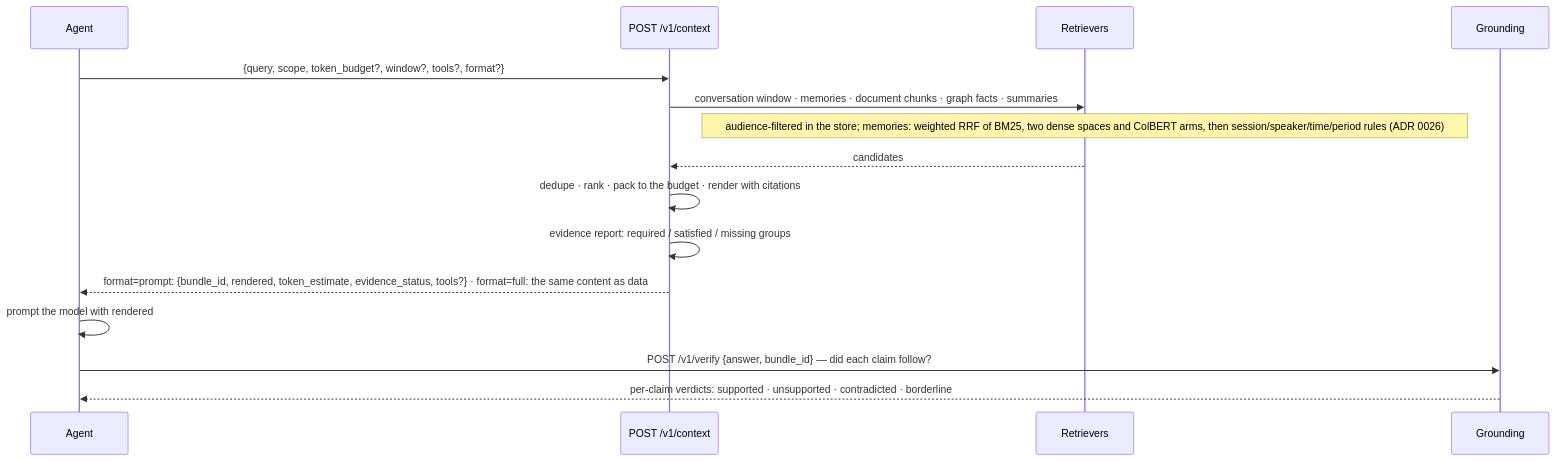
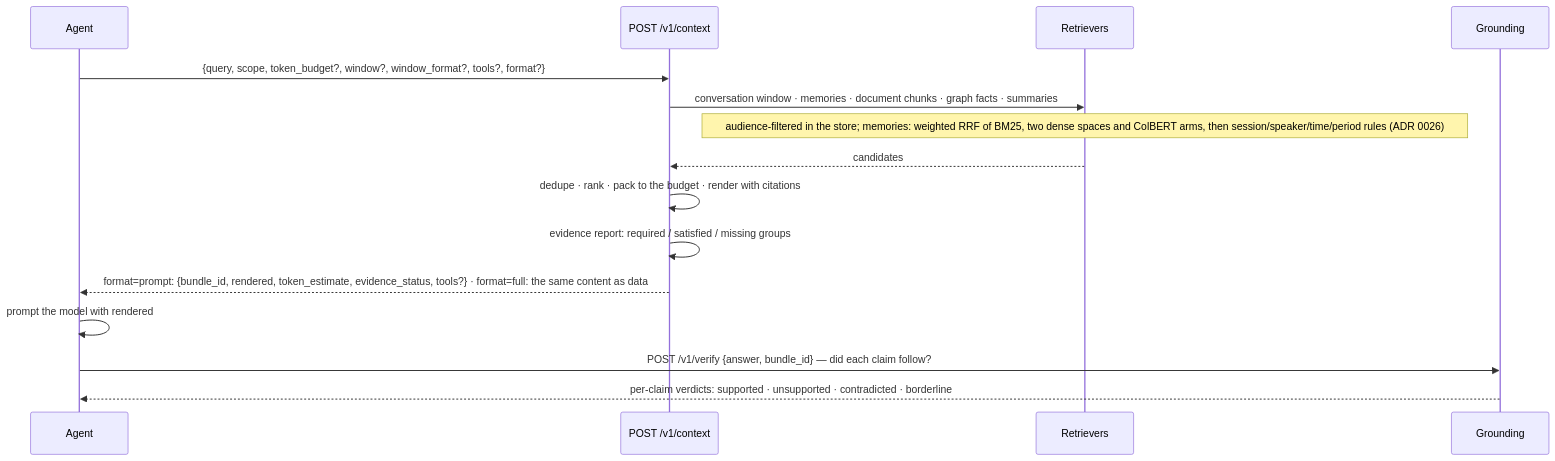
One commit to amitmohapatra/agent-memory-service changed the diagram in docs/api/context.md. Above: the diagram before and after it, drawn with Mermaid. The commit also changed other lines of this file and 34 other files, not shown here.

````diff
--- a/docs/api/context.md
+++ b/docs/api/context.md
@@ -11,17 +11,17 @@
 ```mermaid
 sequenceDiagram
   participant A as Agent
   participant C as POST /v1/context
   participant R as Retrievers
   participant G as Grounding
-  A->>C: {query, scope, token_budget?, window?, tools?, format?}
+  A->>C: {query, scope, token_budget?, window?, window_format?, tools?, format?}
   C->>R: conversation window · memories · document chunks · graph facts · summaries
   Note over R: audience-filtered in the store#59; memories: weighted RRF of BM25, two dense spaces and ColBERT arms, then session/speaker/time/period rules (ADR 0026)
   R-->>C: candidates
   C->>C: dedupe · rank · pack to the budget · render with citations
   C->>C: evidence report: required / satisfied / missing groups
   C-->>A: format=prompt: {bundle_id, rendered, token_estimate, evidence_status, tools?} · format=full: the same content as data
   A->>A: prompt the model with rendered
   A->>G: POST /v1/verify {answer, bundle_id} — did each claim follow?
   G-->>A: per-claim verdicts: supported · unsupported · contradicted · borderline
 ```
````
